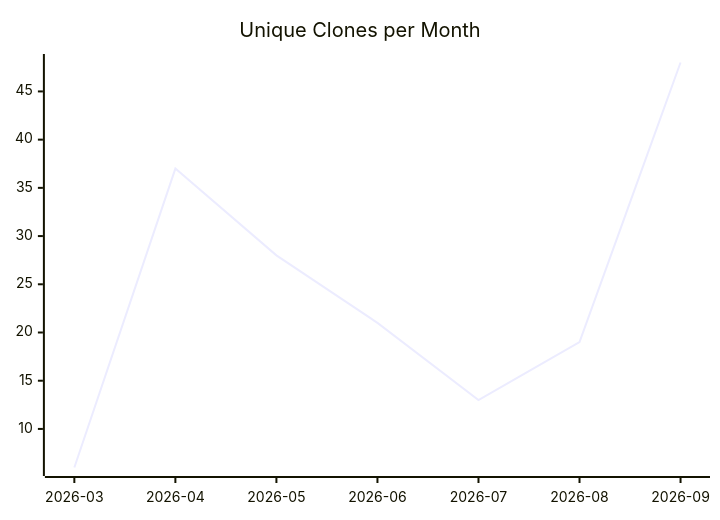
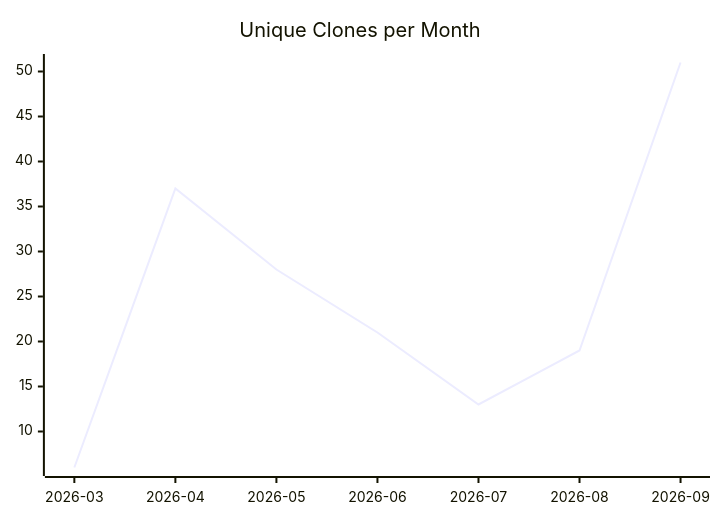
One commit to justdavis-family/github-analytics-data changed the third of 3 diagrams in karlmdavis/ansible-role-jenkins2/README.md. Above: the diagram before and after it, drawn with Mermaid. The commit also changed other lines of this file and 200 other files, not shown here.

````diff
--- a/karlmdavis/ansible-role-jenkins2/README.md
+++ b/karlmdavis/ansible-role-jenkins2/README.md
@@ -19,6 +19,6 @@
 ```mermaid
 xychart-beta
   title "Unique Clones per Month"
   x-axis ["2026-03", "2026-04", "2026-05", "2026-06", "2026-07", "2026-08", "2026-09"]
-  line [6, 37, 28, 21, 13, 19, 48]
+  line [6, 37, 28, 21, 13, 19, 51]
 ```
````
